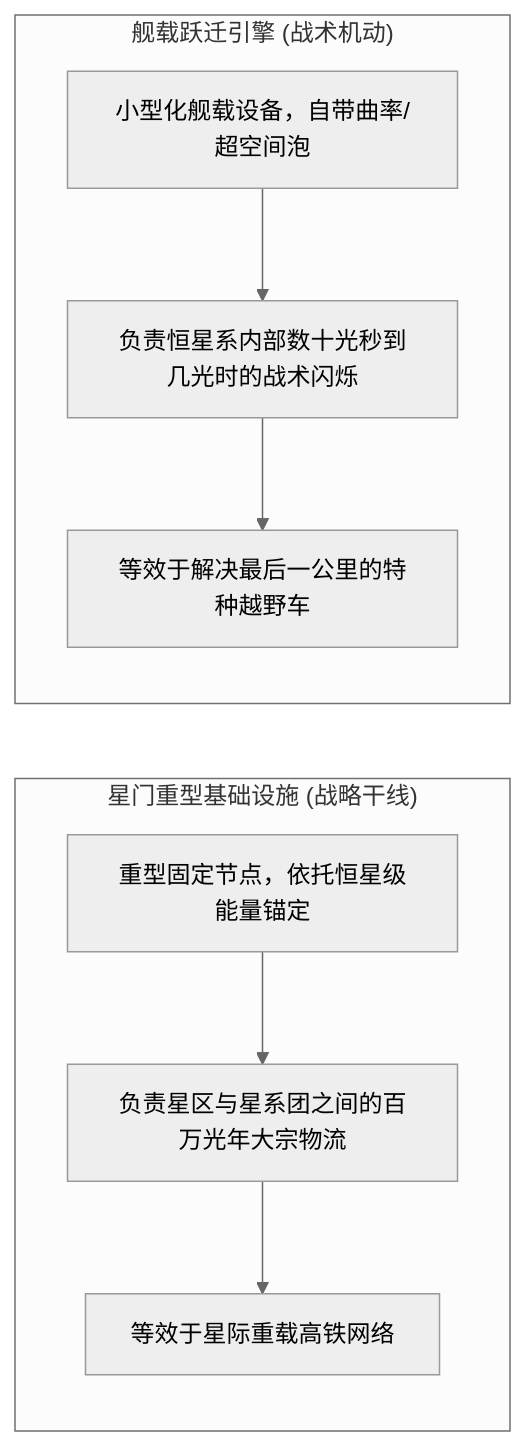
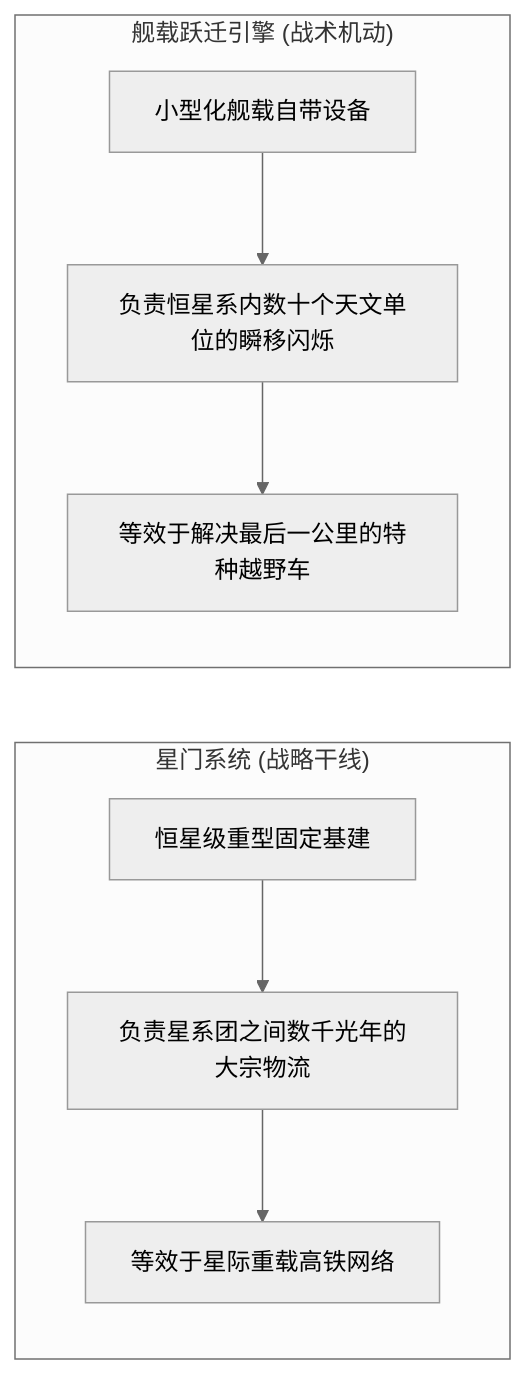
The third of 3 diagrams in src/content/blog/tachyonic-antitelephone-ftl-ping-pong-causality.md (unendev/unendev.github.io), drawn with Mermaid (neutral theme) before and after one commit. The commit also changed other lines of this file and 1 other file, not shown here.

````diff
--- a/src/content/blog/tachyonic-antitelephone-ftl-ping-pong-causality.md
+++ b/src/content/blog/tachyonic-antitelephone-ftl-ping-pong-causality.md
@@ -177,12 +137,12 @@
 ```mermaid
 flowchart LR
-    subgraph StargateSystem["星门重型基础设施 (战略干线)"]
-        S1["重型固定节点，依托恒星级能量锚定"] --> S2["负责星区与星系团之间的百万光年大宗物流"]
+    subgraph StargateSystem["星门系统 (战略干线)"]
+        S1["恒星级重型固定基建"] --> S2["负责星系团之间数千光年的大宗物流"]
         S2 --> S3["等效于星际重载高铁网络"]
     end
 
     subgraph JumpDriveSystem["舰载跃迁引擎 (战术机动)"]
-        J1["小型化舰载设备，自带曲率/超空间泡"] --> J2["负责恒星系内部数十光秒到几光时的战术闪烁"]
+        J1["小型化舰载自带设备"] --> J2["负责恒星系内数十个天文单位的瞬移闪烁"]
         J2 --> J3["等效于解决最后一公里的特种越野车"]
     end
 ```
````
